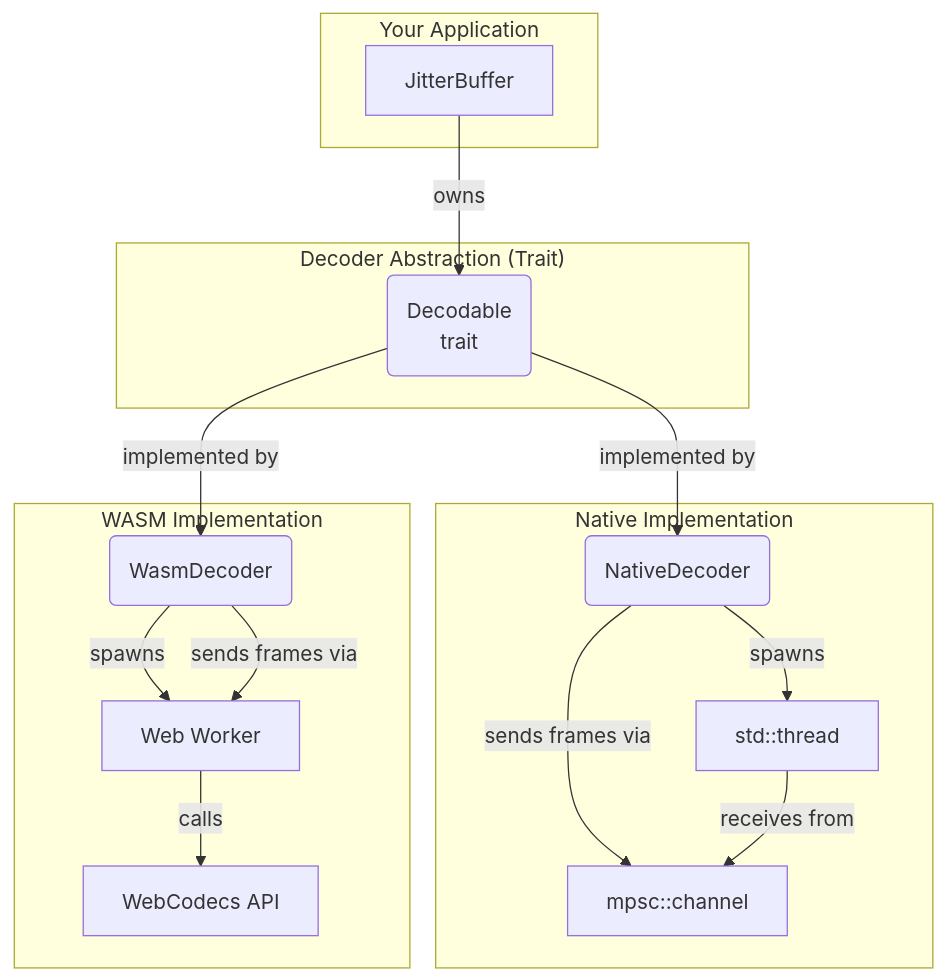
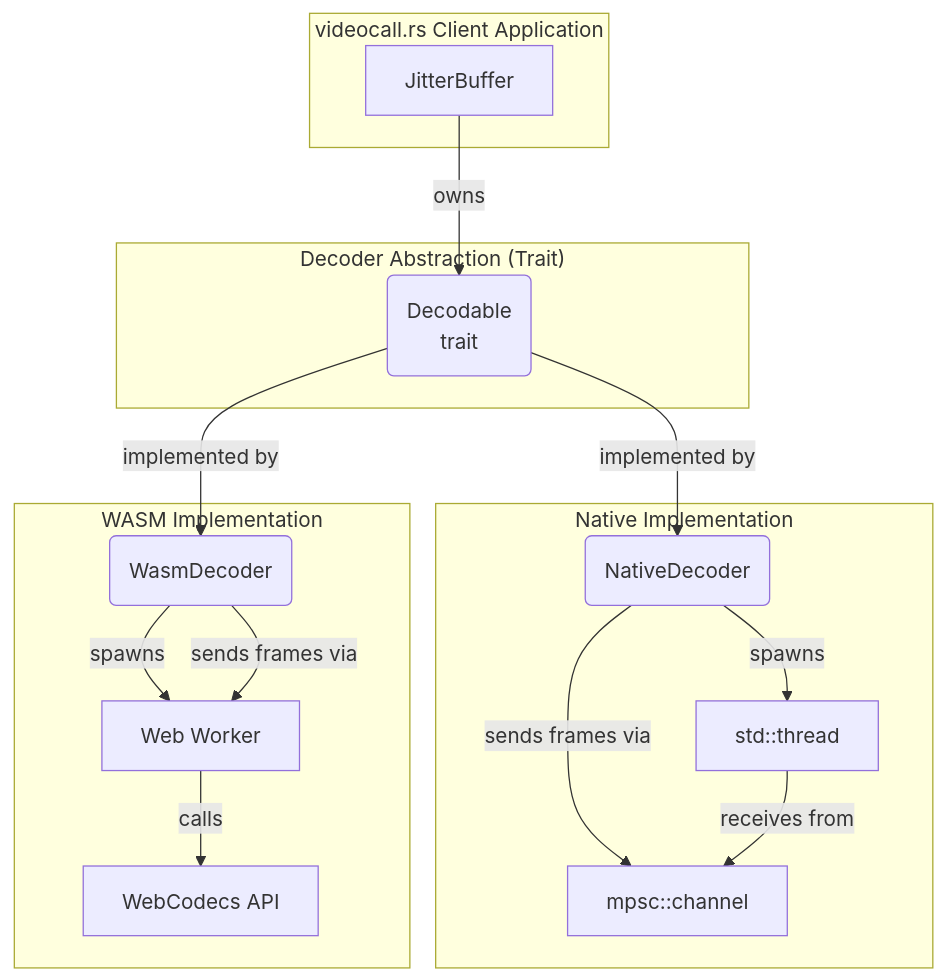
One commit to security-union/videocall-rs changed the diagram in videocall-codecs/README.md. Above: the diagram before and after it, drawn with Mermaid. The commit also changed other lines of this file and 16 other files, not shown here.

````diff
--- a/videocall-codecs/README.md
+++ b/videocall-codecs/README.md
@@ -29,32 +35,32 @@
 ```mermaid
 graph TD
-    subgraph Your Application
+    subgraph "videocall.rs Client Application"
         A[JitterBuffer]
     end
 
     subgraph "Decoder Abstraction (Trait)"
         B(Decodable<br/>trait)
     end
 
     subgraph "Native Implementation"
         C(NativeDecoder)
         D[std::thread]
         E[mpsc::channel]
         C -- spawns --> D
         C -- sends frames via --> E
         D -- receives from --> E
     end
 
     subgraph "WASM Implementation"
         F(WasmDecoder)
         G[Web Worker]
         H[WebCodecs API]
         F -- spawns --> G
         G -- calls --> H
         F -- sends frames via --> G
     end
 
     A -- owns --> B
     B -- implemented by --> C
     B -- implemented by --> F
 ```
````
